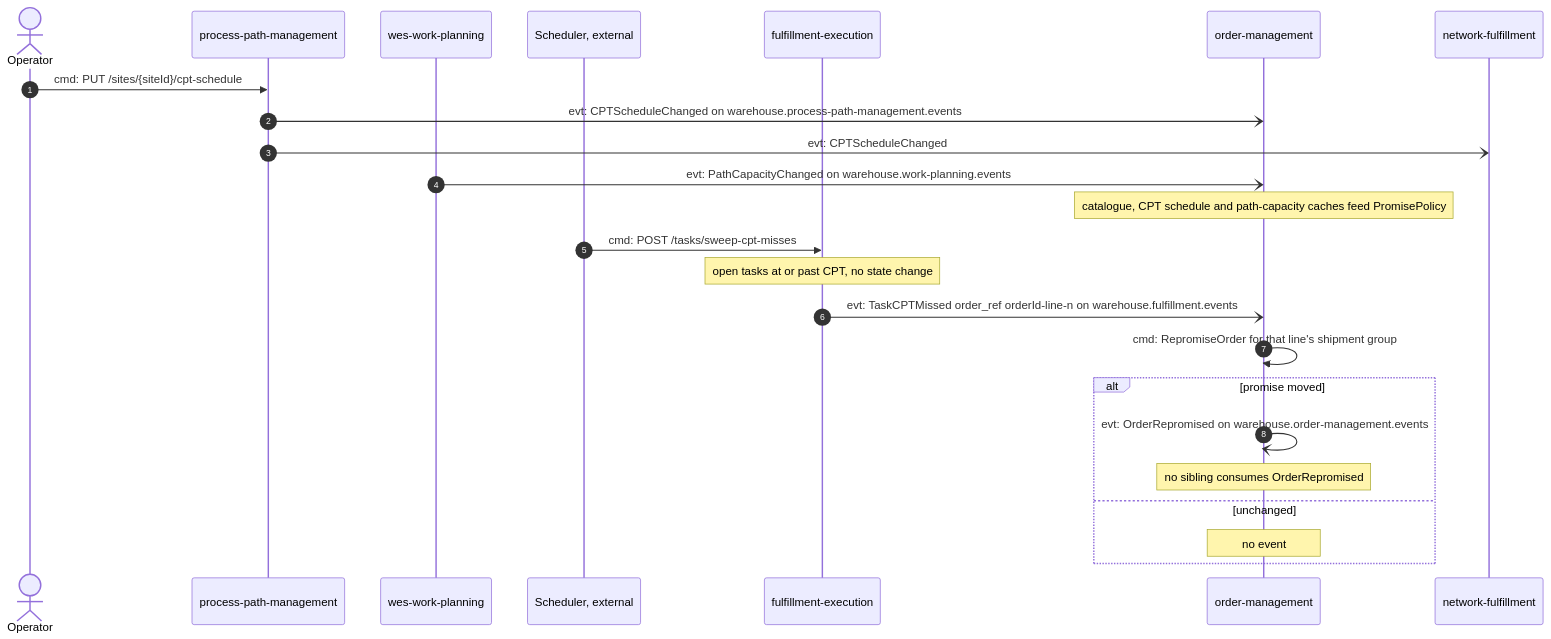
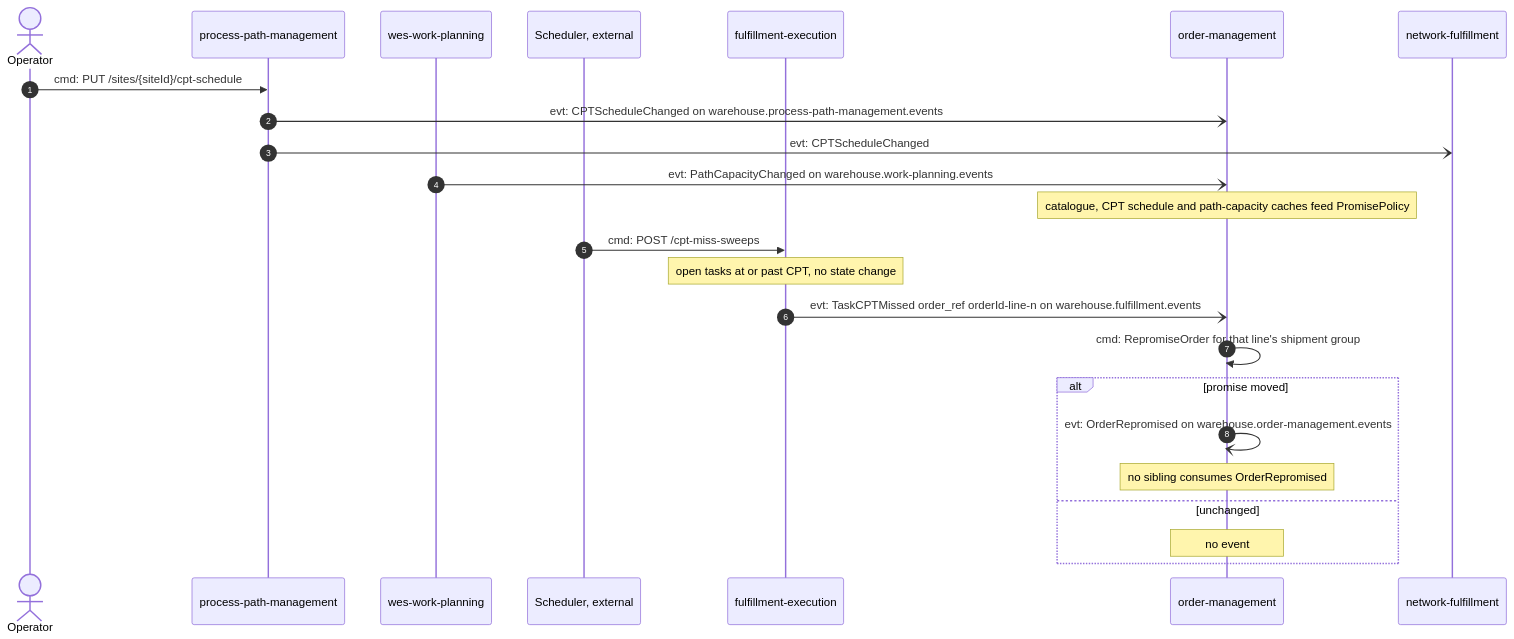
Before and after one commit to IQVO/warehouse-docs: the fifth of 11 diagrams in docs/strategic-design/domain-message-flows.md, drawn with Mermaid. The commit also changed other lines of this file and 272 other files, not shown here.

````diff
--- a/docs/strategic-design/domain-message-flows.md
+++ b/docs/strategic-design/domain-message-flows.md
@@ -283,26 +283,26 @@
 ```mermaid
 sequenceDiagram
     autonumber
     actor Op as Operator
     participant PPM as process-path-management
     participant WP as wes-work-planning
     participant SCH as Scheduler, external
     participant FE as fulfillment-execution
     participant OM as order-management
     participant NF as network-fulfillment
     Op->>PPM: cmd: PUT /sites/{siteId}/cpt-schedule
     PPM-)OM: evt: CPTScheduleChanged on warehouse.process-path-management.events
     PPM-)NF: evt: CPTScheduleChanged
     WP-)OM: evt: PathCapacityChanged on warehouse.work-planning.events
     Note over OM: catalogue, CPT schedule and path-capacity caches feed PromisePolicy
-    SCH->>FE: cmd: POST /tasks/sweep-cpt-misses
+    SCH->>FE: cmd: POST /cpt-miss-sweeps
     Note over FE: open tasks at or past CPT, no state change
     FE-)OM: evt: TaskCPTMissed order_ref orderId-line-n on warehouse.fulfillment.events
     OM->>OM: cmd: RepromiseOrder for that line's shipment group
     alt promise moved
         OM-)OM: evt: OrderRepromised on warehouse.order-management.events
         Note over OM: no sibling consumes OrderRepromised
     else unchanged
         Note over OM: no event
     end
 ```
````
